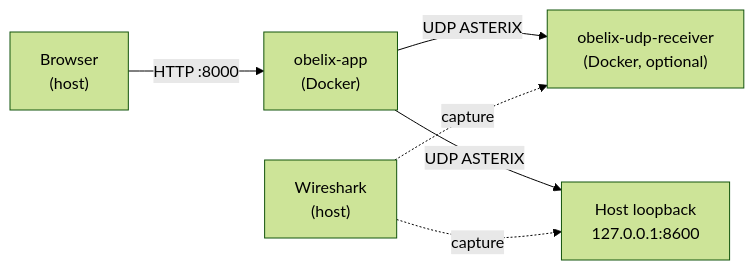
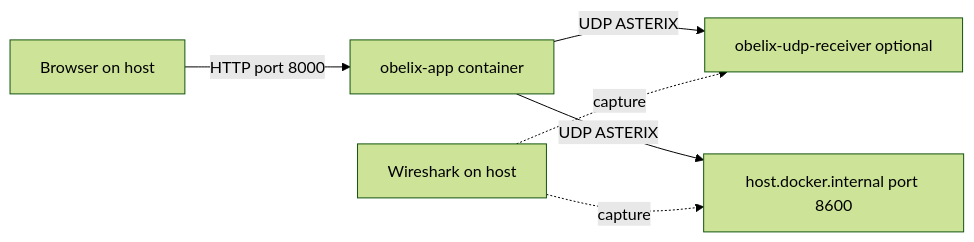
Before and after one commit to perneh/obelix: the diagram in docs/wireshark-docker-usecase.md, drawn with Mermaid (forest theme). The commit also changed 2 other files, not shown here.

Commit message:
Update documentation Mermaid diagrams and category coverage.
Simplify all flowcharts for broader renderer support, show API endpoints and all eight categories, and align usage docs with current motion and Baltic template support.

````diff
--- a/docs/wireshark-docker-usecase.md
+++ b/docs/wireshark-docker-usecase.md
@@ -11,14 +11,14 @@
 ```mermaid
 flowchart LR
-    Browser["Browser<br/>(host)"]
-    App["obelix-app<br/>(Docker)"]
-    RX["obelix-udp-receiver<br/>(Docker, optional)"]
-    Host["Host loopback<br/>127.0.0.1:8600"]
-    WS["Wireshark<br/>(host)"]
+    browser[Browser on host]
+    app[obelix-app container]
+    rx[obelix-udp-receiver optional]
+    host[host.docker.internal port 8600]
+    ws[Wireshark on host]
 
-    Browser -->|"HTTP :8000"| App
-    App -->|"UDP ASTERIX"| RX
-    App -->|"UDP ASTERIX"| Host
-    WS -.->|"capture"| RX
-    WS -.->|"capture"| Host
+    browser -->|HTTP port 8000| app
+    app -->|UDP ASTERIX| rx
+    app -->|UDP ASTERIX| host
+    ws -.->|capture| rx
+    ws -.->|capture| host
 ```
````
